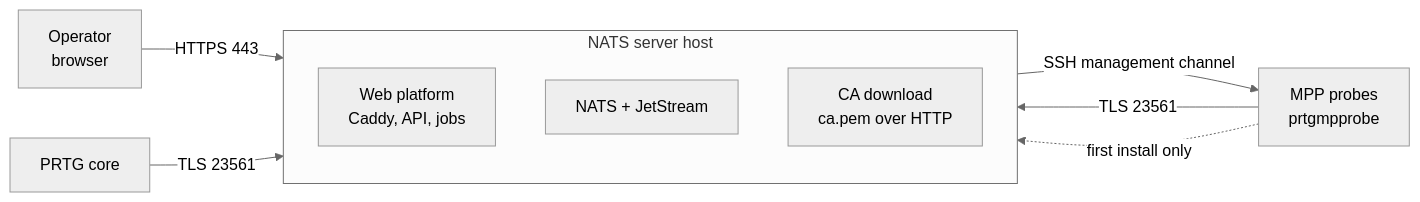
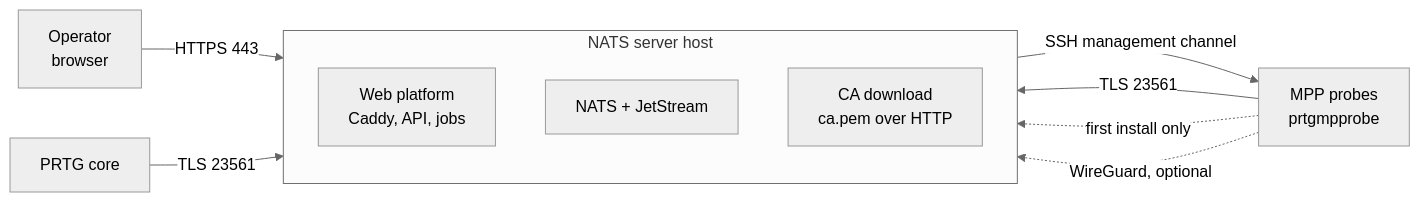
Before and after one commit to skiweg1985/prtg-nats: the first of 2 diagrams in docs/architecture/overview.md, drawn with Mermaid (neutral theme). The commit also changed other lines of this file and 9 other files, not shown here.

````diff
--- a/docs/architecture/overview.md
+++ b/docs/architecture/overview.md
@@ -21,14 +21,15 @@
 ```mermaid
 flowchart LR
     subgraph Host["NATS server host"]
         direction TB
         Web["Web platform<br>Caddy, API, jobs"]
         NATS["NATS + JetStream"]
         CA["CA download<br>ca.pem over HTTP"]
     end
     Browser["Operator<br>browser"] -->|"HTTPS 443"| Web
     Core["PRTG core"] -->|"TLS 23561"| NATS
     MPP["MPP probes<br>prtgmpprobe"] -->|"TLS 23561"| NATS
     MPP -.->|"first install only"| CA
     Web -->|"SSH management channel"| MPP
+    MPP -.->|"WireGuard, optional"| Host
 ```
````
